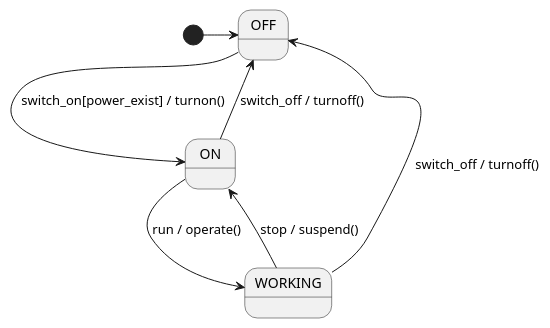
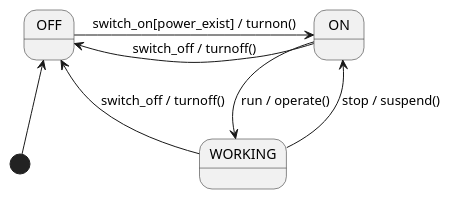
One commit to walbatrossw/java-design-patterns changed the diagram in ch07-state-patterns/diagrams/state-pattern-fan-state-diagram.puml. Above: the diagram before and after it, drawn with PlantUML. The commit also changed 10 other files, not shown here.

```diff
--- a/ch07-state-patterns/diagrams/state-pattern-fan-state-diagram.puml
+++ b/ch07-state-patterns/diagrams/state-pattern-fan-state-diagram.puml
@@ -1,11 +1,8 @@
 @startuml
-
-WORKING --> OFF : switch_off / turnoff()
-WORKING --> ON : stop / suspend()
-ON --> OFF : switch_off / turnoff()
-ON --> WORKING : run / operate()
-OFF --> ON : switch_on[power_exist] / turnon()
-[*] -> OFF
-
-
+[*] -up-> OFF
+OFF -right-> ON : switch_on[power_exist] / turnon()
+ON -left-> OFF : switch_off / turnoff()
+ON -down-> WORKING : run / operate()
+WORKING -UP-> ON : stop / suspend()
+WORKING -left-> OFF : switch_off / turnoff()
 @enduml
```
